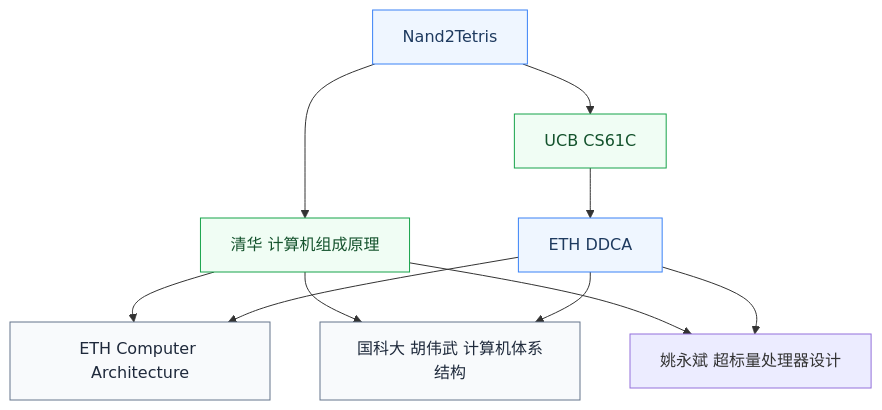
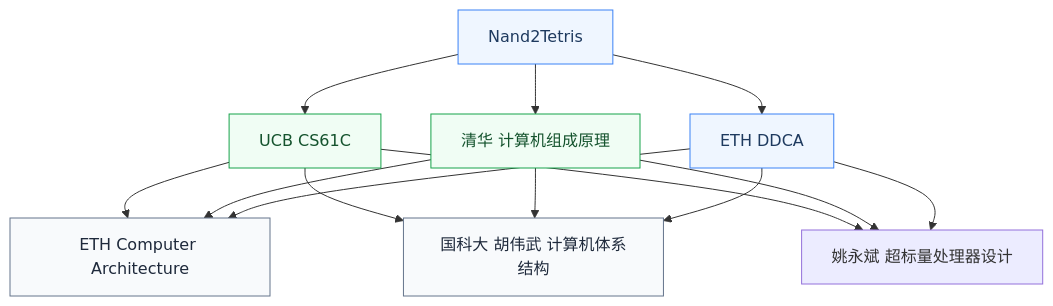
One commit to Crys-Chen/ic-guide changed the diagram in docs/学习地图/系统架构/体系结构/index.md. Above: the diagram before and after it, drawn with Mermaid.

Commit message:
修改学习路径

````diff
--- a/docs/学习地图/系统架构/体系结构/index.md
+++ b/docs/学习地图/系统架构/体系结构/index.md
@@ -5,25 +5,28 @@
 ```mermaid
 graph TB
     N2T["Nand2Tetris"]
     DDCA["ETH DDCA"]
     THU["清华 计算机组成原理"]
     CS61C["UCB CS61C"]
     UCAS["国科大 胡伟武 计算机体系结构"]
     CA["ETH Computer Architecture"]
     OoO["姚永斌 超标量处理器设计"]
     N2T --> THU
     N2T --> CS61C
-    CS61C --> DDCA
+    N2T --> DDCA
+    CS61C --> CA
+    CS61C --> UCAS
+    CS61C --> OoO
     THU --> CA
     THU --> UCAS
     THU --> OoO
     DDCA --> CA
     DDCA --> UCAS
     DDCA --> OoO
     classDef beginner fill:#EFF6FF,stroke:#3B82F6,color:#1e3a5f
     classDef intermediate fill:#F0FDF4,stroke:#16A34A,color:#14532d
     classDef advanced fill:#F8FAFC,stroke:#64748B,color:#1e293b
     class N2T,DDCA beginner
     class THU,CS61C intermediate
     class UCAS,CA advanced
 ```
````
